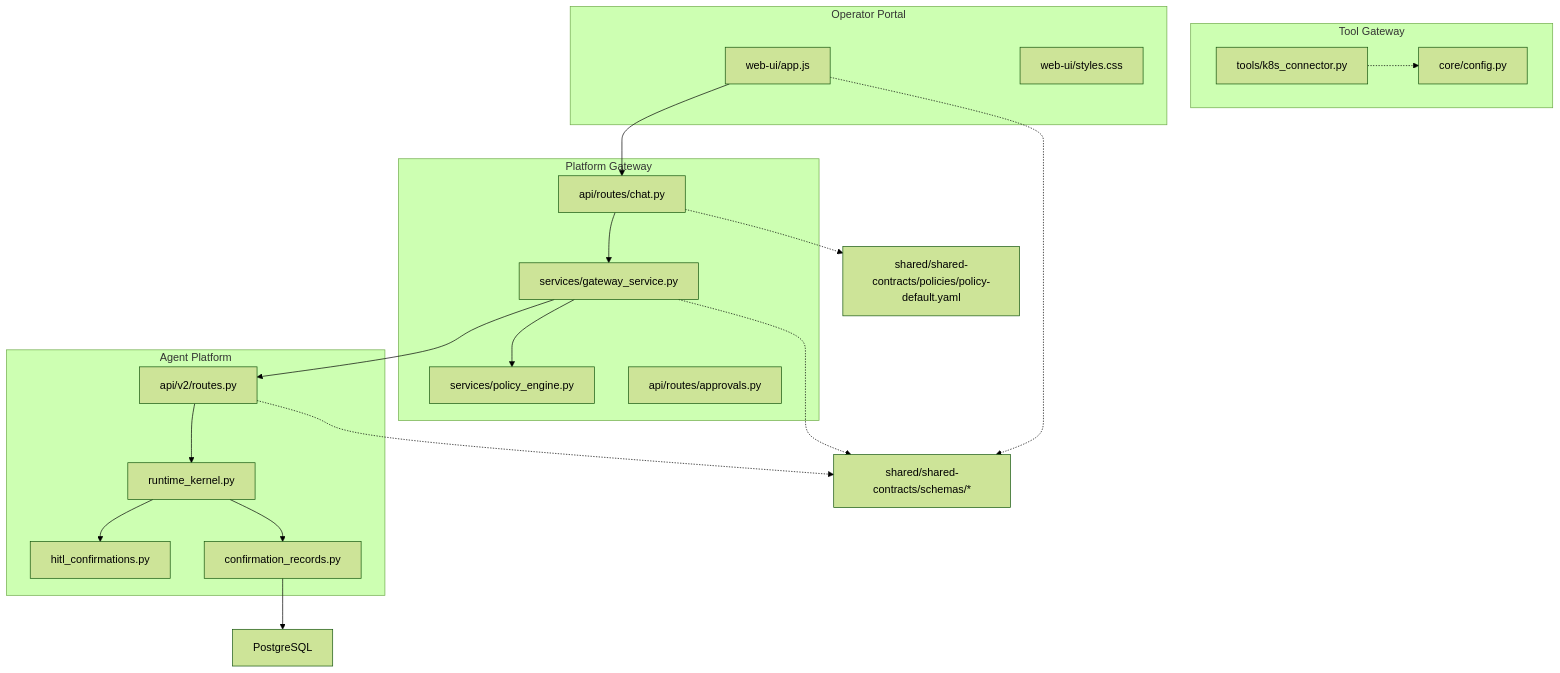
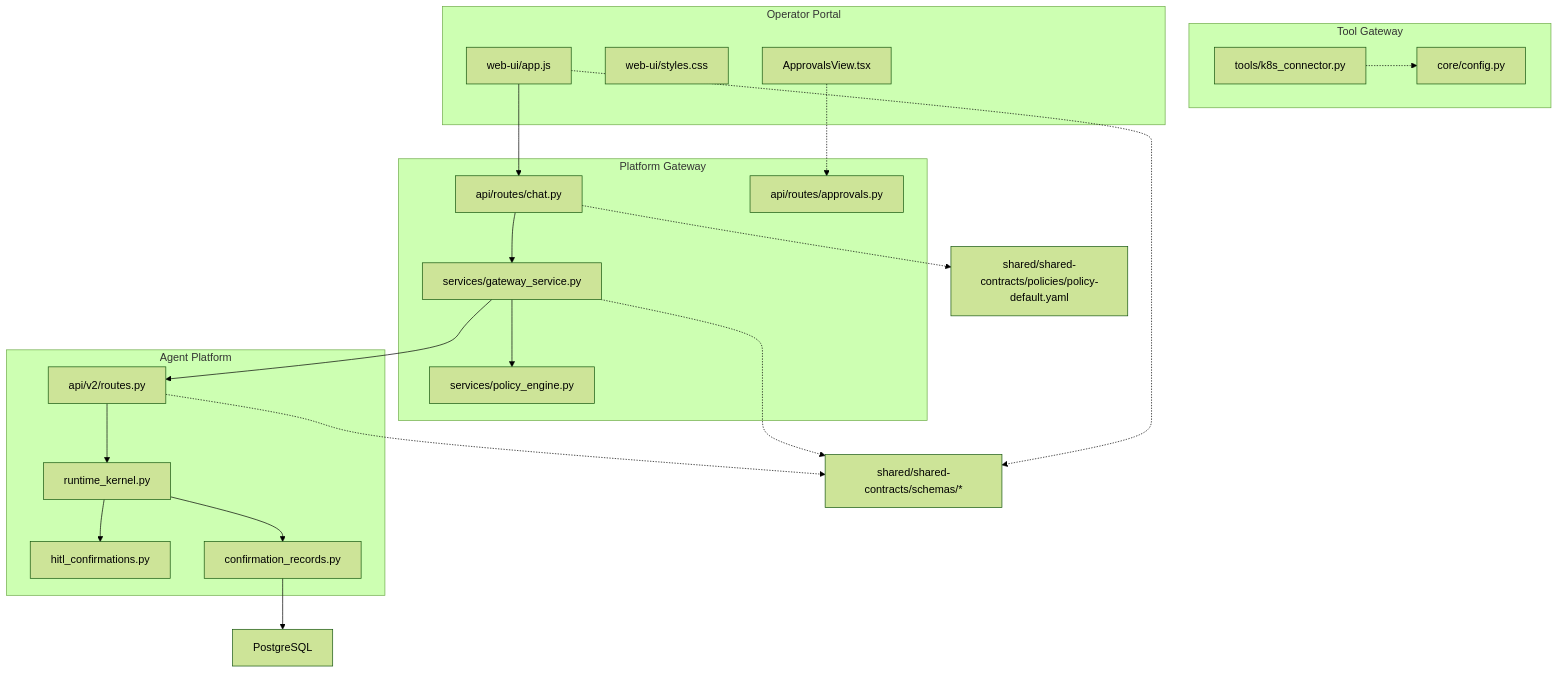
One commit to metasync/luban-aiops changed the first of 11 diagrams in .qoder/repowiki/en/content/Agent Platform Service/HITL Confirmation Bridging (SPEC-020).md. Above: the diagram before and after it, drawn with Mermaid (forest theme). The commit also changed other lines of this file and 36 other files, not shown here.

````diff
--- a/.qoder/repowiki/en/content/Agent Platform Service/HITL Confirmation Bridging (SPEC-020).md
+++ b/.qoder/repowiki/en/content/Agent Platform Service/HITL Confirmation Bridging (SPEC-020).md
@@ -77,39 +83,41 @@
 ```mermaid
 graph TB
 subgraph "Agent Platform"
 RK["runtime_kernel.py"]
 HC["hitl_confirmations.py"]
 CR["confirmation_records.py"]
 R2["api/v2/routes.py"]
 end
 subgraph "Platform Gateway"
 GC["api/routes/chat.py"]
 GS["services/gateway_service.py"]
 PE["services/policy_engine.py"]
 AI["api/routes/approvals.py"]
 end
 subgraph "Tool Gateway"
 TG["tools/k8s_connector.py"]
 TC["core/config.py"]
 end
 subgraph "Operator Portal"
 PJ["web-ui/app.js"]
 PS["web-ui/styles.css"]
+AV["ApprovalsView.tsx"]
 end
 PG["PostgreSQL"]
 SC["shared/shared-contracts/schemas/*"]
 POL["shared/shared-contracts/policies/policy-default.yaml"]
 PJ --> GC
 GC --> GS
 GS --> PE
 GS --> R2
 R2 --> RK
 RK --> HC
 RK --> CR
 CR --> PG
 GC -.-> POL
 R2 -.-> SC
 GS -.-> SC
 PJ -.-> SC
 TG -.-> TC
+AV -.-> AI
 ```
````
